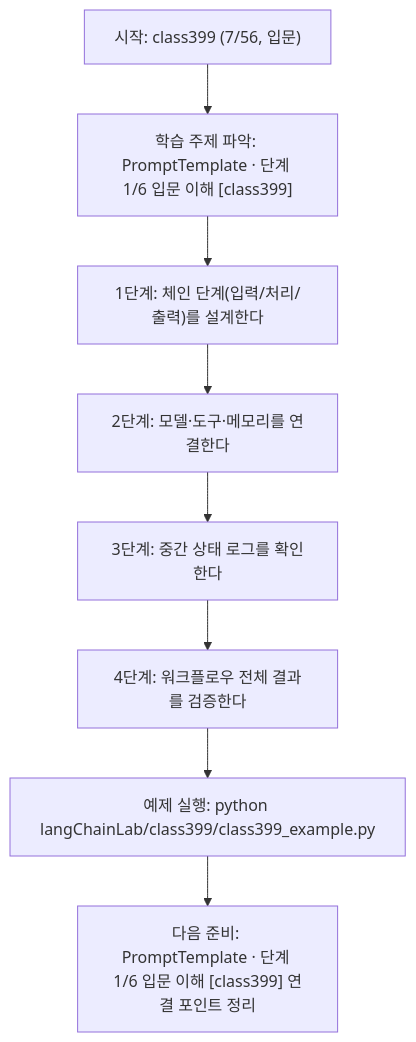
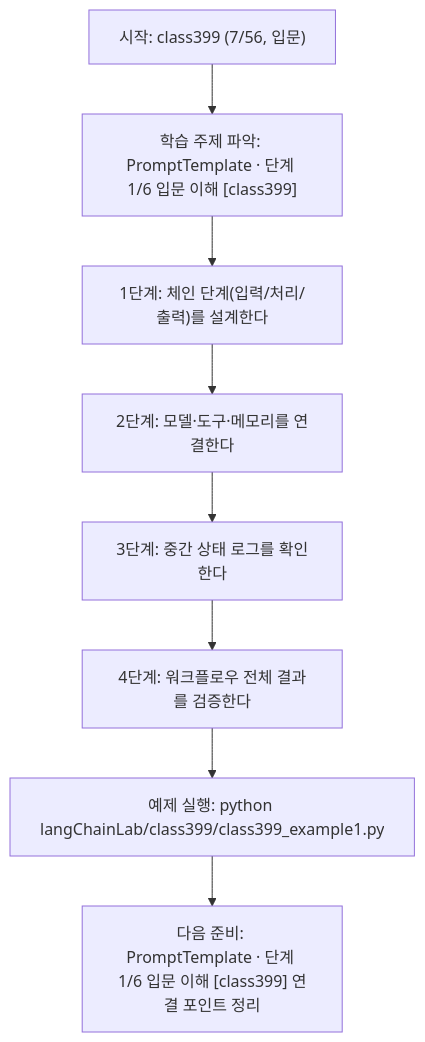
Before and after one commit to edumgt/Python-AI_Agent-Class: the diagram in langChainLab/class399/class399.md, drawn with Mermaid. The commit also changed other lines of this file and 2959 other files, not shown here.

````diff
--- a/langChainLab/class399/class399.md
+++ b/langChainLab/class399/class399.md
@@ -108,18 +108,18 @@
 ```mermaid
 flowchart TD
 N1["시작: class399 (7/56, 입문)"]
 N2["학습 주제 파악: PromptTemplate · 단계 1/6 입문 이해 [class399]"]
 N3["1단계: 체인 단계(입력/처리/출력)를 설계한다"]
 N4["2단계: 모델·도구·메모리를 연결한다"]
 N5["3단계: 중간 상태 로그를 확인한다"]
 N6["4단계: 워크플로우 전체 결과를 검증한다"]
-N7["예제 실행: python langChainLab/class399/class399_example.py"]
+N7["예제 실행: python langChainLab/class399/class399_example1.py"]
 N8["다음 준비: PromptTemplate · 단계 1/6 입문 이해 [class399] 연결 포인트 정리"]
 N1 --> N2
 N2 --> N3
 N3 --> N4
 N4 --> N5
 N5 --> N6
 N6 --> N7
 N7 --> N8
 ```
````
